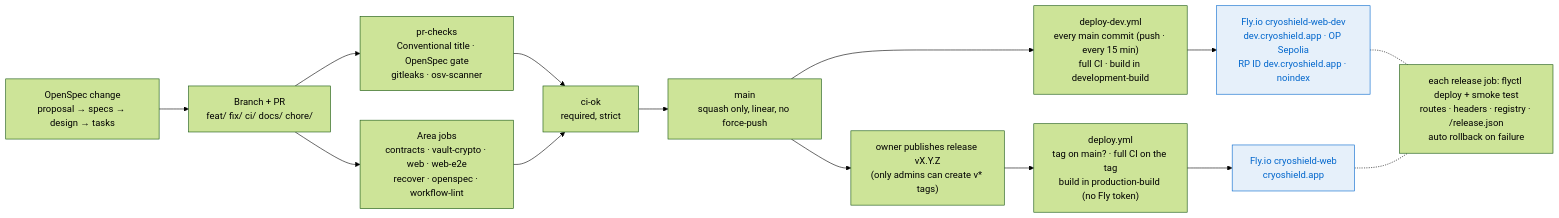
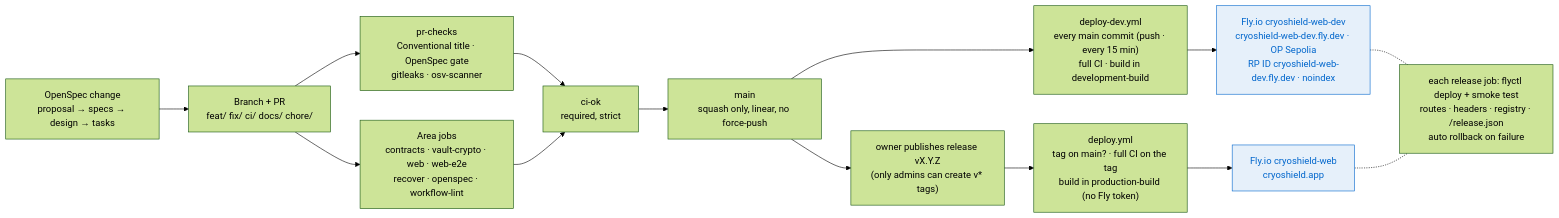
Before and after one commit to prix0007/cryoshield: the fifth of 5 diagrams in docs/system-design.md, drawn with Mermaid (forest theme). The commit also changed other lines of this file and 34 other files, not shown here.

````diff
--- a/docs/system-design.md
+++ b/docs/system-design.md
@@ -147,26 +147,26 @@
 ```mermaid
 flowchart LR
   spec["OpenSpec change<br/>proposal → specs → design → tasks"]
   pr["Branch + PR<br/>feat/ fix/ ci/ docs/ chore/"]
   checks["pr-checks<br/>Conventional title · OpenSpec gate<br/>gitleaks · osv-scanner"]
   jobs["Area jobs<br/>contracts · vault-crypto · web · web-e2e<br/>recover · openspec · workflow-lint"]
   ok["ci-ok<br/>required, strict"]
   main["main<br/>squash only, linear, no force-push"]
   devpipe["deploy-dev.yml<br/>every main commit (push · every 15 min)<br/>full CI · build in development-build"]
-  dev["Fly.io cryoshield-web-dev<br/>dev.cryoshield.app · OP Sepolia<br/>RP ID dev.cryoshield.app · noindex"]
+  dev["Fly.io cryoshield-web-dev<br/>cryoshield-web-dev.fly.dev · OP Sepolia<br/>RP ID cryoshield-web-dev.fly.dev · noindex"]
   release["owner publishes release vX.Y.Z<br/>(only admins can create v* tags)"]
   prodpipe["deploy.yml<br/>tag on main? · full CI on the tag<br/>build in production-build (no Fly token)"]
   prod["Fly.io cryoshield-web<br/>cryoshield.app"]
   smoke["each release job: flyctl deploy + smoke test<br/>routes · headers · registry · /release.json<br/>auto rollback on failure"]
 
   spec --> pr
   pr --> checks --> ok
   pr --> jobs --> ok
   ok --> main --> devpipe --> dev
   main --> release --> prodpipe --> prod
   dev -.- smoke
   prod -.- smoke
 
   classDef ours fill:#e6f0fa,stroke:#0066cc,color:#0066cc;
   class dev,prod ours;
 ```
````
